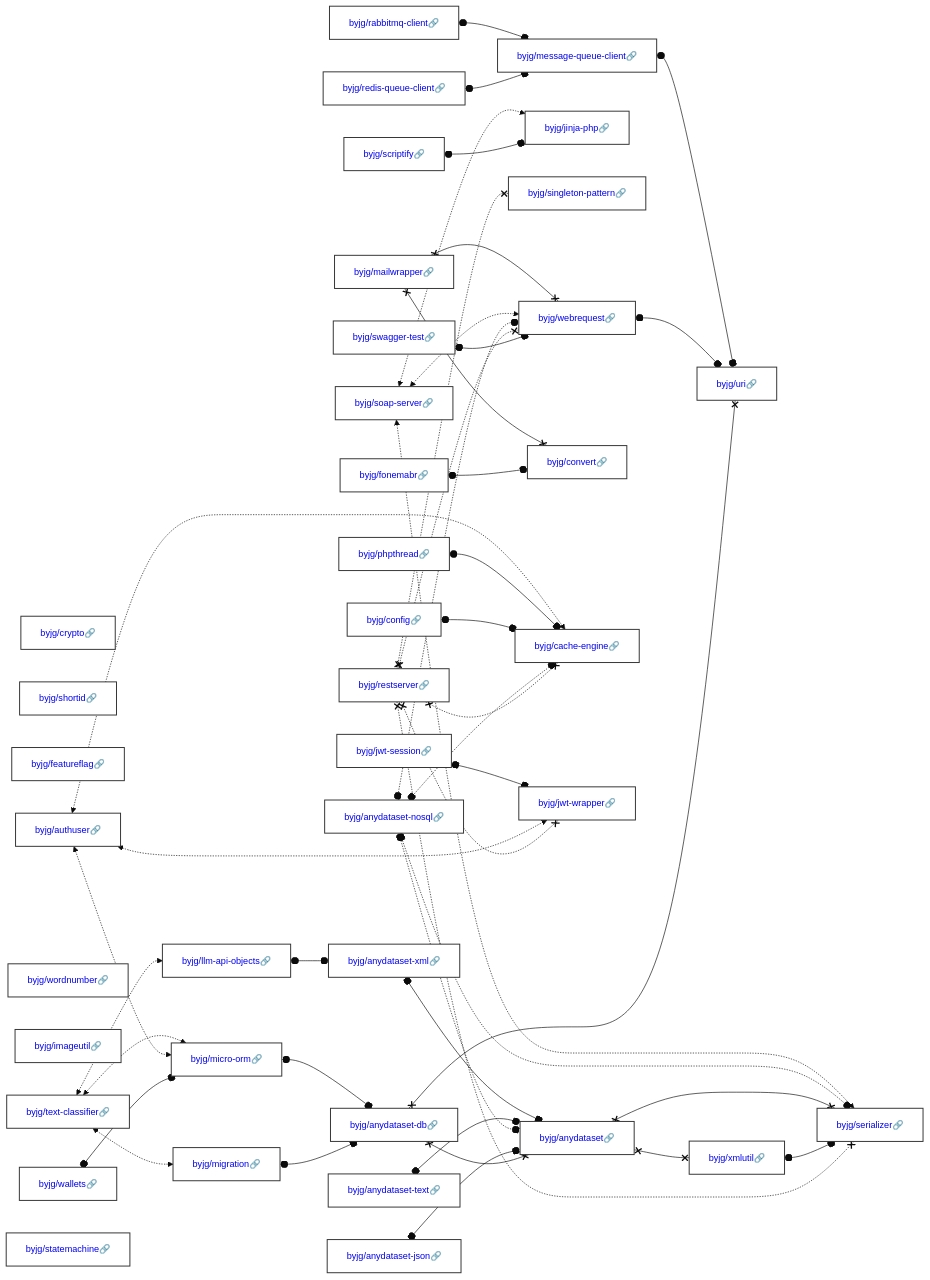
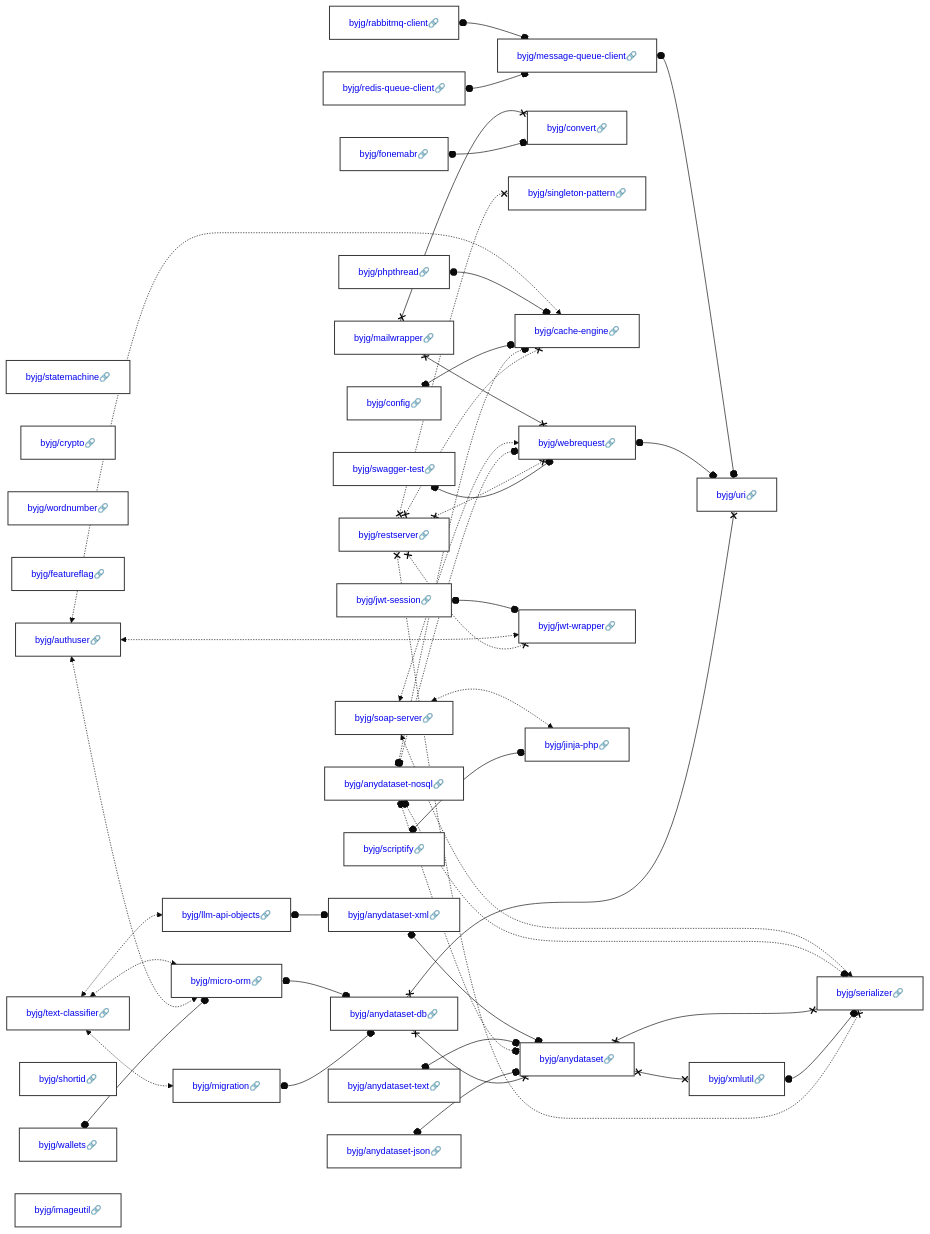
One commit to byjg/byjg.github.io changed the diagram in docs/php/README.md. Above: the diagram before and after it, drawn with Mermaid (base theme). The commit also changed other lines of this file and 31 other files, not shown here.

````diff
--- a/docs/php/README.md
+++ b/docs/php/README.md
@@ -3,38 +3,38 @@
 ```mermaid
 graph LR;
+  byjg/jwt-session[<a href='https://opensource.byjg.com/docs/php/jwt-session' style='text-decoration:none'>byjg/jwt-session🔗</a>];
+  byjg/anydataset-json[<a href='https://opensource.byjg.com/docs/php/anydataset-json' style='text-decoration:none'>byjg/anydataset-json🔗</a>];
+  byjg/rabbitmq-client[<a href='https://opensource.byjg.com/docs/php/rabbitmq-client' style='text-decoration:none'>byjg/rabbitmq-client🔗</a>];
+  byjg/statemachine[<a href='https://opensource.byjg.com/docs/php/statemachine' style='text-decoration:none'>byjg/statemachine🔗</a>];
+  byjg/redis-queue-client[<a href='https://opensource.byjg.com/docs/php/redis-queue-client' style='text-decoration:none'>byjg/redis-queue-client🔗</a>];
+  byjg/mailwrapper[<a href='https://opensource.byjg.com/docs/php/mailwrapper' style='text-decoration:none'>byjg/mailwrapper🔗</a>];
   byjg/crypto[<a href='https://opensource.byjg.com/docs/php/crypto' style='text-decoration:none'>byjg/crypto🔗</a>];
-  byjg/redis-queue-client[<a href='https://opensource.byjg.com/docs/php/redis-queue-client' style='text-decoration:none'>byjg/redis-queue-client🔗</a>];
+  byjg/soap-server[<a href='https://opensource.byjg.com/docs/php/soap-server' style='text-decoration:none'>byjg/soap-server🔗</a>];
+  byjg/config[<a href='https://opensource.byjg.com/docs/php/config' style='text-decoration:none'>byjg/config🔗</a>];
+  byjg/wordnumber[<a href='https://opensource.byjg.com/docs/php/wordnumber' style='text-decoration:none'>byjg/wordnumber🔗</a>];
+  byjg/featureflag[<a href='https://opensource.byjg.com/docs/php/featureflag' style='text-decoration:none'>byjg/featureflag🔗</a>];
+  byjg/anydataset-text[<a href='https://opensource.byjg.com/docs/php/anydataset-text' style='text-decoration:none'>byjg/anydataset-text🔗</a>];
+  byjg/text-classifier[<a href='https://opensource.byjg.com/docs/php/text-classifier' style='text-decoration:none'>byjg/text-classifier🔗</a>];
+  byjg/wallets[<a href='https://opensource.byjg.com/docs/php/wallets' style='text-decoration:none'>byjg/wallets🔗</a>];
+  byjg/swagger-test[<a href='https://opensource.byjg.com/docs/php/swagger-test' style='text-decoration:none'>byjg/swagger-test🔗</a>];
+  byjg/phpthread[<a href='https://opensource.byjg.com/docs/php/phpthread' style='text-decoration:none'>byjg/phpthread🔗</a>];
+  byjg/anydataset-nosql[<a href='https://opensource.byjg.com/docs/php/anydataset-nosql' style='text-decoration:none'>byjg/anydataset-nosql🔗</a>];
+  byjg/fonemabr[<a href='https://opensource.byjg.com/docs/php/fonemabr' style='text-decoration:none'>byjg/fonemabr🔗</a>];
   byjg/shortid[<a href='https://opensource.byjg.com/docs/php/shortid' style='text-decoration:none'>byjg/shortid🔗</a>];
-  byjg/featureflag[<a href='https://opensource.byjg.com/docs/php/featureflag' style='text-decoration:none'>byjg/featureflag🔗</a>];
-  byjg/wallets[<a href='https://opensource.byjg.com/docs/php/wallets' style='text-decoration:none'>byjg/wallets🔗</a>];
-  byjg/wordnumber[<a href='https://opensource.byjg.com/docs/php/wordnumber' style='text-decoration:none'>byjg/wordnumber🔗</a>];
-  byjg/anydataset-text[<a href='https://opensource.byjg.com/docs/php/anydataset-text' style='text-decoration:none'>byjg/anydataset-text🔗</a>];
-  byjg/jwt-session[<a href='https://opensource.byjg.com/docs/php/jwt-session' style='text-decoration:none'>byjg/jwt-session🔗</a>];
-  byjg/soap-server[<a href='https://opensource.byjg.com/docs/php/soap-server' style='text-decoration:none'>byjg/soap-server🔗</a>];
-  byjg/swagger-test[<a href='https://opensource.byjg.com/docs/php/swagger-test' style='text-decoration:none'>byjg/swagger-test🔗</a>];
-  byjg/mailwrapper[<a href='https://opensource.byjg.com/docs/php/mailwrapper' style='text-decoration:none'>byjg/mailwrapper🔗</a>];
-  byjg/anydataset-json[<a href='https://opensource.byjg.com/docs/php/anydataset-json' style='text-decoration:none'>byjg/anydataset-json🔗</a>];
+  byjg/authuser[<a href='https://opensource.byjg.com/docs/php/authuser' style='text-decoration:none'>byjg/authuser🔗</a>];
   byjg/imageutil[<a href='https://opensource.byjg.com/docs/php/imageutil' style='text-decoration:none'>byjg/imageutil🔗</a>];
-  byjg/rabbitmq-client[<a href='https://opensource.byjg.com/docs/php/rabbitmq-client' style='text-decoration:none'>byjg/rabbitmq-client🔗</a>];
+  byjg/restserver[<a href='https://opensource.byjg.com/docs/php/restserver' style='text-decoration:none'>byjg/restserver🔗</a>];
   byjg/scriptify[<a href='https://opensource.byjg.com/docs/php/scriptify' style='text-decoration:none'>byjg/scriptify🔗</a>];
-  byjg/anydataset-nosql[<a href='https://opensource.byjg.com/docs/php/anydataset-nosql' style='text-decoration:none'>byjg/anydataset-nosql🔗</a>];
-  byjg/config[<a href='https://opensource.byjg.com/docs/php/config' style='text-decoration:none'>byjg/config🔗</a>];
-  byjg/restserver[<a href='https://opensource.byjg.com/docs/php/restserver' style='text-decoration:none'>byjg/restserver🔗</a>];
-  byjg/phpthread[<a href='https://opensource.byjg.com/docs/php/phpthread' style='text-decoration:none'>byjg/phpthread🔗</a>];
-  byjg/fonemabr[<a href='https://opensource.byjg.com/docs/php/fonemabr' style='text-decoration:none'>byjg/fonemabr🔗</a>];
-  byjg/text-classifier[<a href='https://opensource.byjg.com/docs/php/text-classifier' style='text-decoration:none'>byjg/text-classifier🔗</a>];
-  byjg/authuser[<a href='https://opensource.byjg.com/docs/php/authuser' style='text-decoration:none'>byjg/authuser🔗</a>];
-  byjg/statemachine[<a href='https://opensource.byjg.com/docs/php/statemachine' style='text-decoration:none'>byjg/statemachine🔗</a>];
   byjg/message-queue-client[<a href='https://opensource.byjg.com/docs/php/message-queue-client' style='text-decoration:none'>byjg/message-queue-client🔗</a>];
-  byjg/jinja-php[<a href='https://opensource.byjg.com/docs/php/jinja-php' style='text-decoration:none'>byjg/jinja-php🔗</a>];
-  byjg/singleton-pattern[<a href='https://opensource.byjg.com/docs/php/singleton-pattern' style='text-decoration:none'>byjg/singleton-pattern🔗</a>];
-  byjg/webrequest[<a href='https://opensource.byjg.com/docs/php/webrequest' style='text-decoration:none'>byjg/webrequest🔗</a>];
-  byjg/convert[<a href='https://opensource.byjg.com/docs/php/convert' style='text-decoration:none'>byjg/convert🔗</a>];
   byjg/migration[<a href='https://opensource.byjg.com/docs/php/migration' style='text-decoration:none'>byjg/migration🔗</a>];
   byjg/llm-api-objects[<a href='https://opensource.byjg.com/docs/php/llm-api-objects' style='text-decoration:none'>byjg/llm-api-objects🔗</a>];
+  byjg/convert[<a href='https://opensource.byjg.com/docs/php/convert' style='text-decoration:none'>byjg/convert🔗</a>];
   byjg/micro-orm[<a href='https://opensource.byjg.com/docs/php/micro-orm' style='text-decoration:none'>byjg/micro-orm🔗</a>];
+  byjg/singleton-pattern[<a href='https://opensource.byjg.com/docs/php/singleton-pattern' style='text-decoration:none'>byjg/singleton-pattern🔗</a>];
   byjg/cache-engine[<a href='https://opensource.byjg.com/docs/php/cache-engine' style='text-decoration:none'>byjg/cache-engine🔗</a>];
+  byjg/webrequest[<a href='https://opensource.byjg.com/docs/php/webrequest' style='text-decoration:none'>byjg/webrequest🔗</a>];
   byjg/jwt-wrapper[<a href='https://opensource.byjg.com/docs/php/jwt-wrapper' style='text-decoration:none'>byjg/jwt-wrapper🔗</a>];
+  byjg/jinja-php[<a href='https://opensource.byjg.com/docs/php/jinja-php' style='text-decoration:none'>byjg/jinja-php🔗</a>];
   byjg/anydataset-xml[<a href='https://opensource.byjg.com/docs/php/anydataset-xml' style='text-decoration:none'>byjg/anydataset-xml🔗</a>];
   byjg/anydataset-db[<a href='https://opensource.byjg.com/docs/php/anydataset-db' style='text-decoration:none'>byjg/anydataset-db🔗</a>];
   byjg/anydataset[<a href='https://opensource.byjg.com/docs/php/anydataset' style='text-decoration:none'>byjg/anydataset🔗</a>];
````
